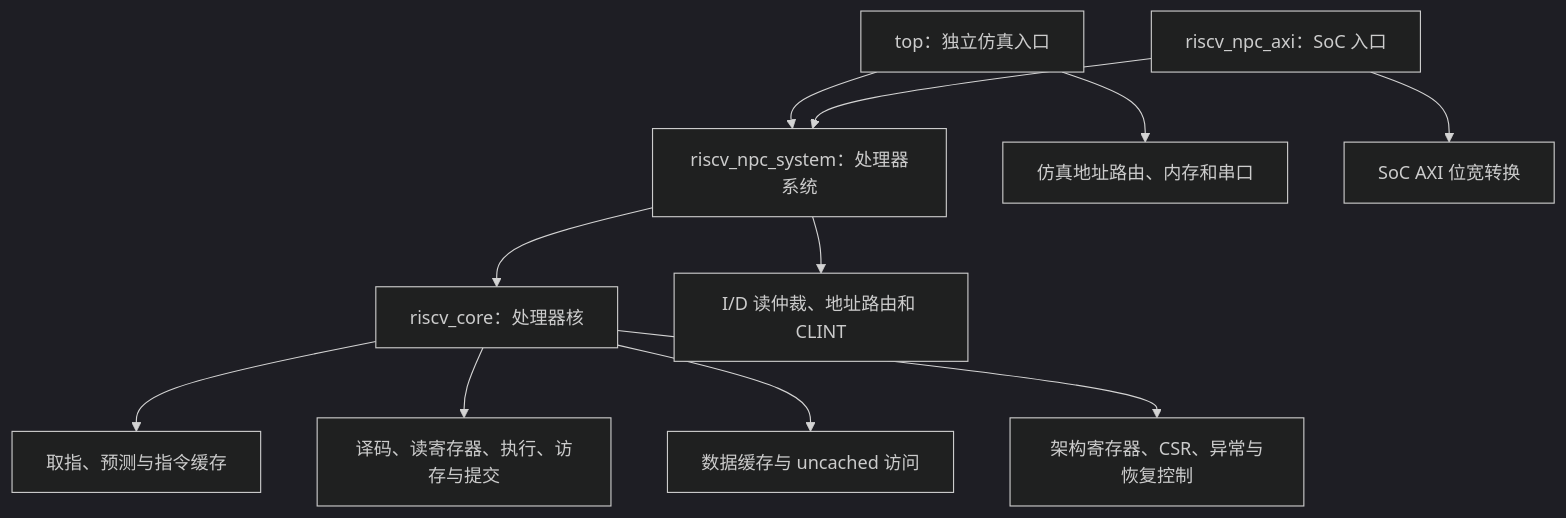
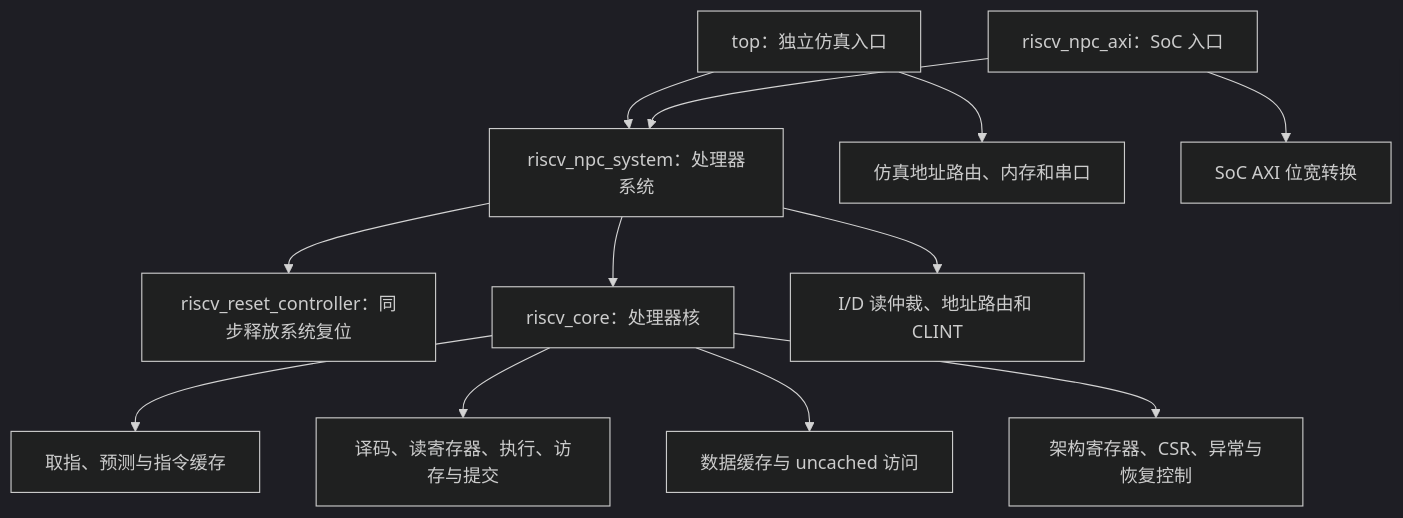
The diagram in npc/docs/architecture/RTL_MODULE_MAP.md (roundeodo/ysyx), drawn with Mermaid (dark theme) before and after one commit. The commit also changed other lines of this file and 209 other files, not shown here.

````diff
--- a/npc/docs/architecture/RTL_MODULE_MAP.md
+++ b/npc/docs/architecture/RTL_MODULE_MAP.md
@@ -40,13 +63,14 @@
 ```mermaid
 flowchart TD
     sim["top：独立仿真入口"] --> system["riscv_npc_system：处理器系统"]
     soc["riscv_npc_axi：SoC 入口"] --> system
     sim --> models["仿真地址路由、内存和串口"]
     soc --> converter["SoC AXI 位宽转换"]
+    system --> reset["riscv_reset_controller：同步释放系统复位"]
     system --> core["riscv_core：处理器核"]
     system --> bus["I/D 读仲裁、地址路由和 CLINT"]
     core --> frontend["取指、预测与指令缓存"]
     core --> pipeline["译码、读寄存器、执行、访存与提交"]
     core --> memory["数据缓存与 uncached 访问"]
     core --> state["架构寄存器、CSR、异常与恢复控制"]
 ```
````
